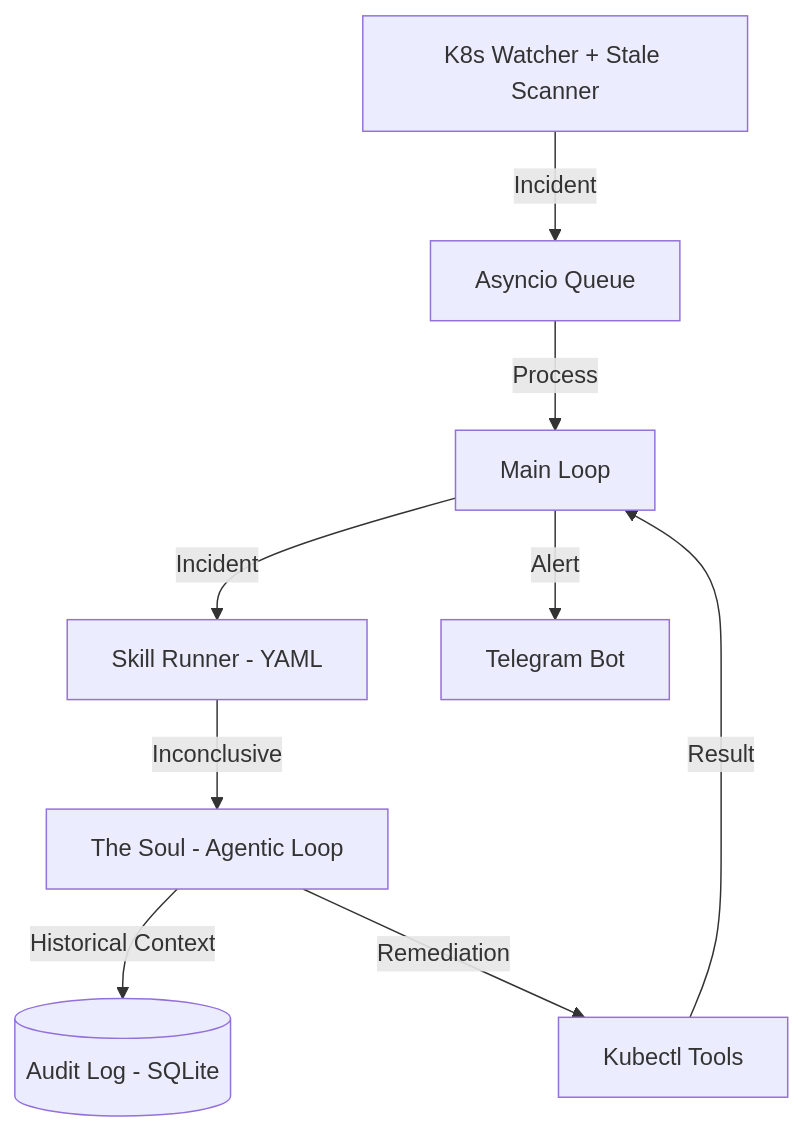
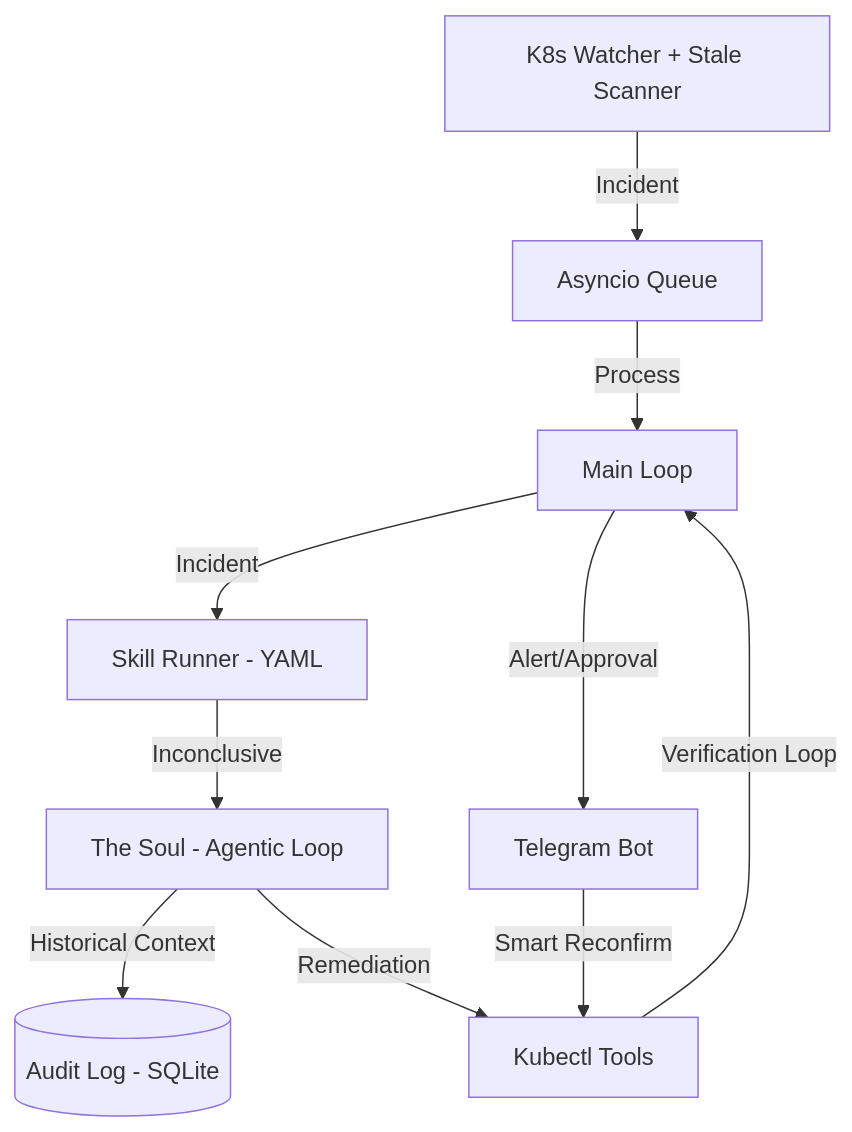
One commit to balamuru/claw8s changed the diagram in ARCHITECTURE.md. Above: the diagram before and after it, drawn with Mermaid. The commit also changed other lines of this file and 4 other files, not shown here.

````diff
--- a/ARCHITECTURE.md
+++ b/ARCHITECTURE.md
@@ -9,11 +9,12 @@
 ```mermaid
 graph TD
     Watcher[K8s Watcher + Stale Scanner] -->|Incident| Queue[Asyncio Queue]
     Queue -->|Process| Manager[Main Loop]
     Manager -->|Incident| Skills[Skill Runner - YAML]
     Skills -->|Inconclusive| Soul[The Soul - Agentic Loop]
     Soul -->|Historical Context| Audit[(Audit Log - SQLite)]
     Soul -->|Remediation| Tools[Kubectl Tools]
-    Tools -->|Result| Manager
-    Manager -->|Alert| Telegram[Telegram Bot]
+    Tools -->|Verification Loop| Manager
+    Manager -->|Alert/Approval| Telegram[Telegram Bot]
+    Telegram -->|Smart Reconfirm| Tools
 ```
````
